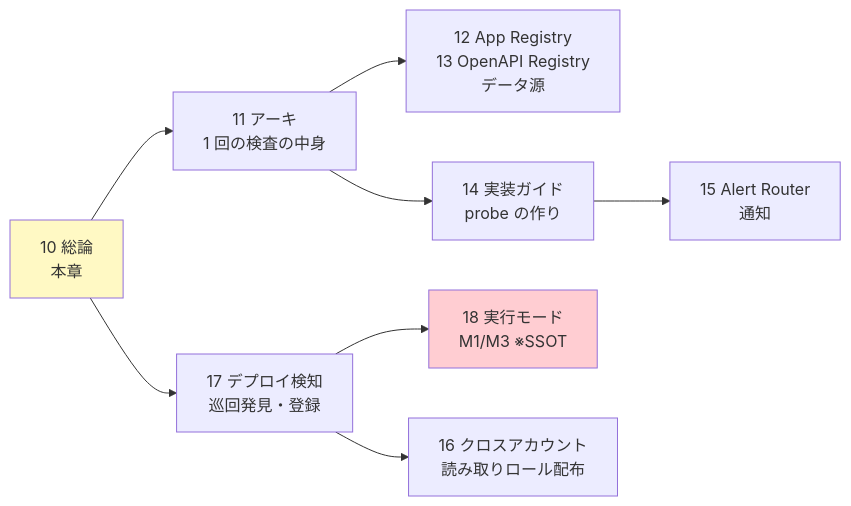
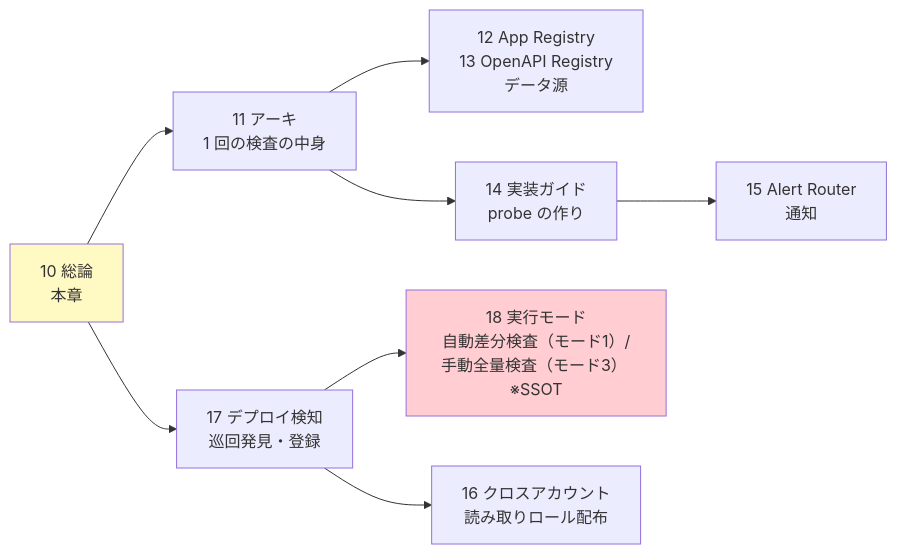
One commit to suepie/aws-atuh-poc changed the seventh of 7 diagrams in doc/api-platform/basic-design/10-external-monitoring-overview.md. Above: the diagram before and after it, drawn with Mermaid. The commit also changed other lines of this file and 15 other files, not shown here.

````diff
--- a/doc/api-platform/basic-design/10-external-monitoring-overview.md
+++ b/doc/api-platform/basic-design/10-external-monitoring-overview.md
@@ -431,12 +431,12 @@
 ```mermaid
 flowchart LR
     O[10 総論<br/>本章] --> A[11 アーキ<br/>1 回の検査の中身]
     O --> DEP[17 デプロイ検知<br/>巡回発見・登録]
-    DEP --> MODE[18 実行モード<br/>M1/M3 ※SSOT]
+    DEP --> MODE["18 実行モード<br/>自動差分検査（モード1）/手動全量検査（モード3） ※SSOT"]
     A --> R[12 App Registry<br/>13 OpenAPI Registry<br/>データ源]
     A --> I[14 実装ガイド<br/>probe の作り]
     I --> AL[15 Alert Router<br/>通知]
     DEP --> X[16 クロスアカウント<br/>読み取りロール配布]
     style O fill:#fff9c4
     style MODE fill:#ffcdd2
 ```
````
